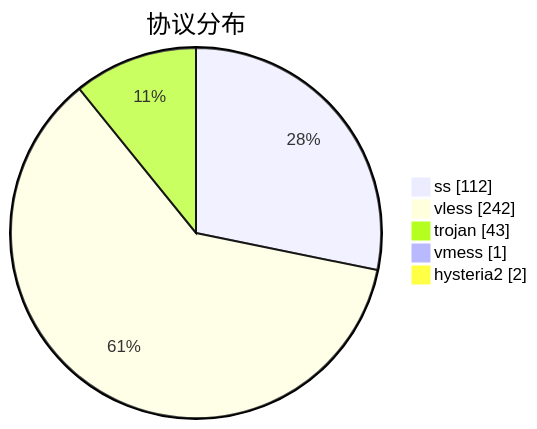
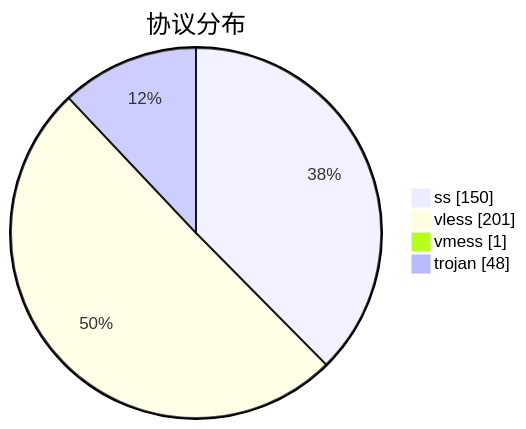
The third of 3 diagrams in subs/statistics/tested_within.md (qjlxg/airport), drawn with Mermaid before and after one commit. The commit also changed other lines of this file and 2 other files, not shown here.

````diff
--- a/subs/statistics/tested_within.md
+++ b/subs/statistics/tested_within.md
@@ -41,9 +40,8 @@
 ```mermaid
 pie showData
 title 协议分布
-"ss" : 112
-"vless" : 242
-"trojan" : 43
+"ss" : 150
+"vless" : 201
 "vmess" : 1
-"hysteria2" : 2
+"trojan" : 48
 ```
````
